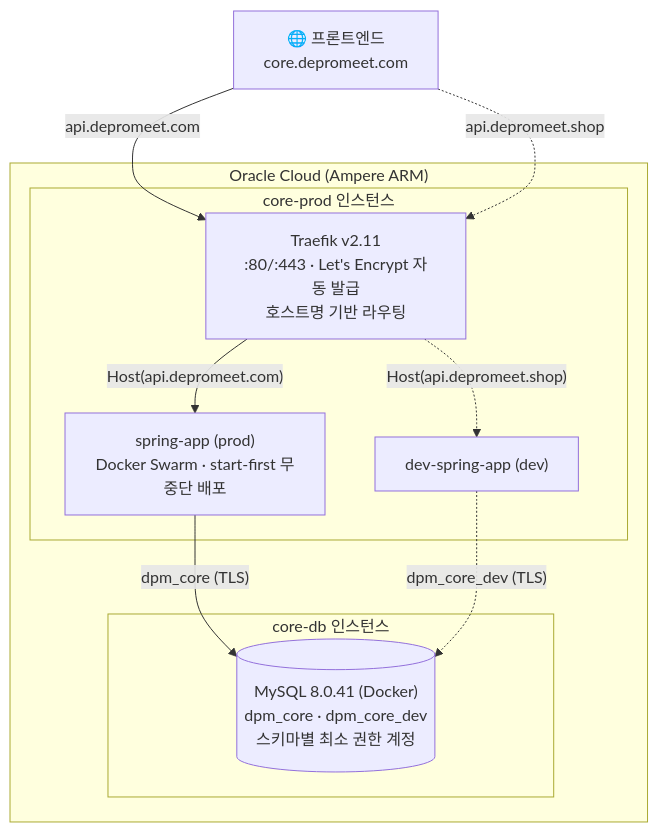
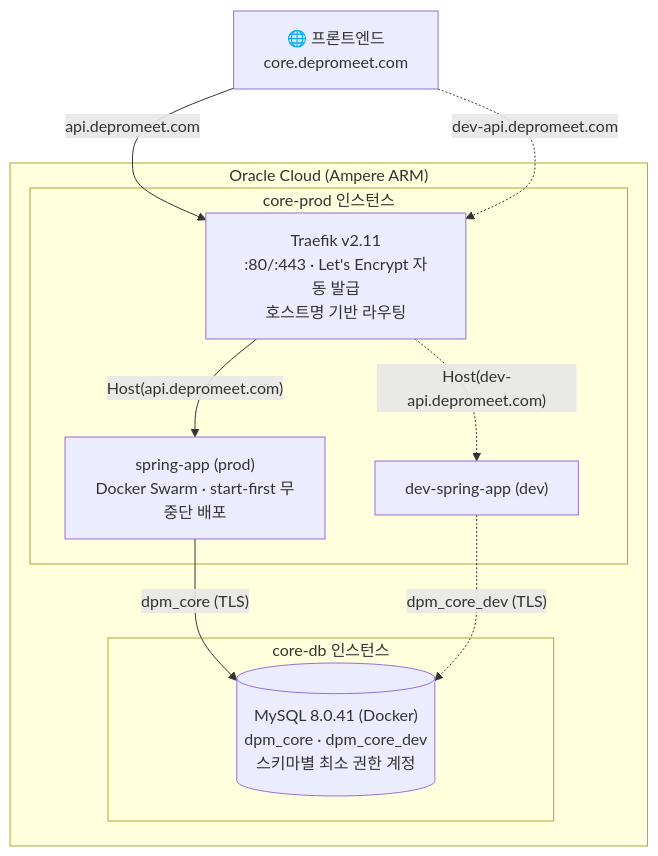
The first of 2 diagrams in README.md (depromeet/dpm-core-server), drawn with Mermaid before and after one commit. The commit also changed 1 other file, not shown here.

Commit message:
chore : 사용하지 않는 depromeet.shop dev 도메인 정리

````diff
--- a/README.md
+++ b/README.md
@@ -31,22 +31,22 @@
 ```mermaid
 flowchart TB
     FE["🌐 프론트엔드<br/>core.depromeet.com"]
 
     subgraph ORACLE["Oracle Cloud (Ampere ARM)"]
         subgraph PROD["core-prod 인스턴스"]
             TRAEFIK["Traefik v2.11<br/>:80/:443 · Let's Encrypt 자동 발급<br/>호스트명 기반 라우팅"]
             APP["spring-app (prod)<br/>Docker Swarm · start-first 무중단 배포"]
             DEVAPP["dev-spring-app (dev)"]
         end
         subgraph DBHOST["core-db 인스턴스"]
             MYSQL[("MySQL 8.0.41 (Docker)<br/>dpm_core · dpm_core_dev<br/>스키마별 최소 권한 계정")]
         end
     end
 
     FE -->|api.depromeet.com| TRAEFIK
-    FE -.->|api.depromeet.shop| TRAEFIK
+    FE -.->|dev-api.depromeet.com| TRAEFIK
     TRAEFIK -->|"Host(api.depromeet.com)"| APP
-    TRAEFIK -.->|"Host(api.depromeet.shop)"| DEVAPP
+    TRAEFIK -.->|"Host(dev-api.depromeet.com)"| DEVAPP
     APP -->|"dpm_core (TLS)"| MYSQL
     DEVAPP -.->|"dpm_core_dev (TLS)"| MYSQL
 ```
````
